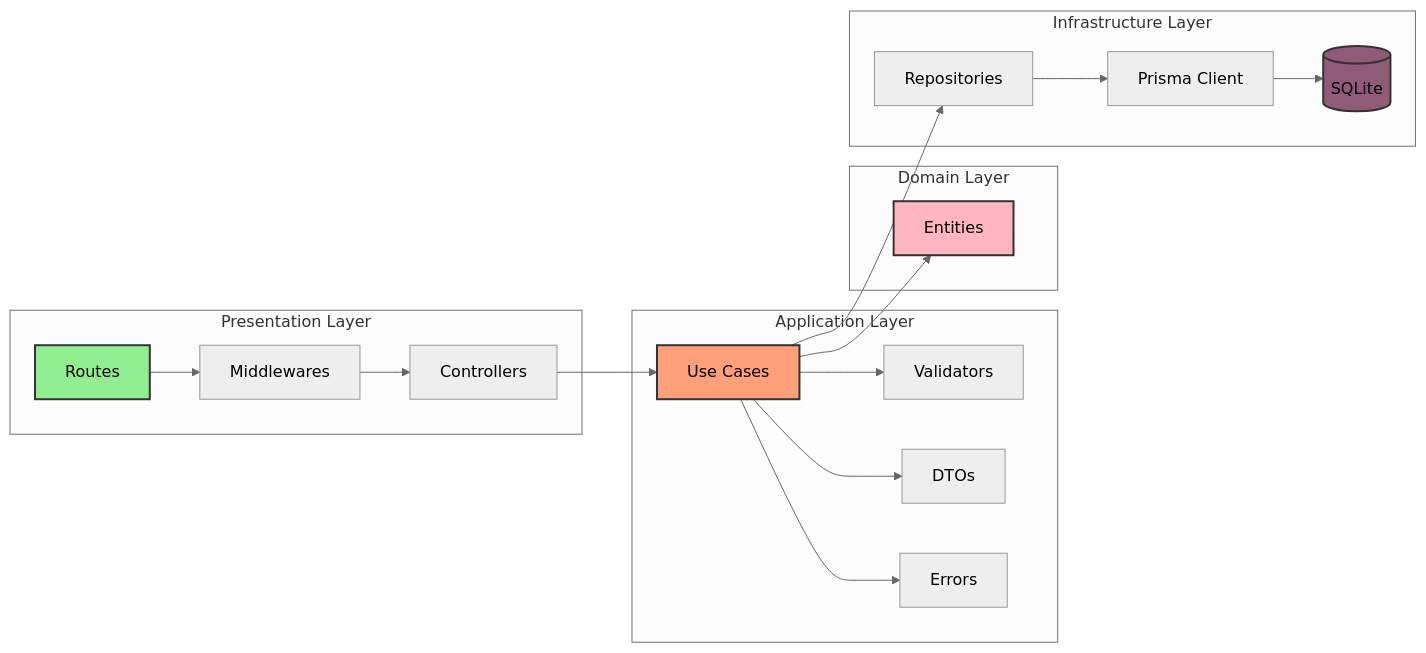
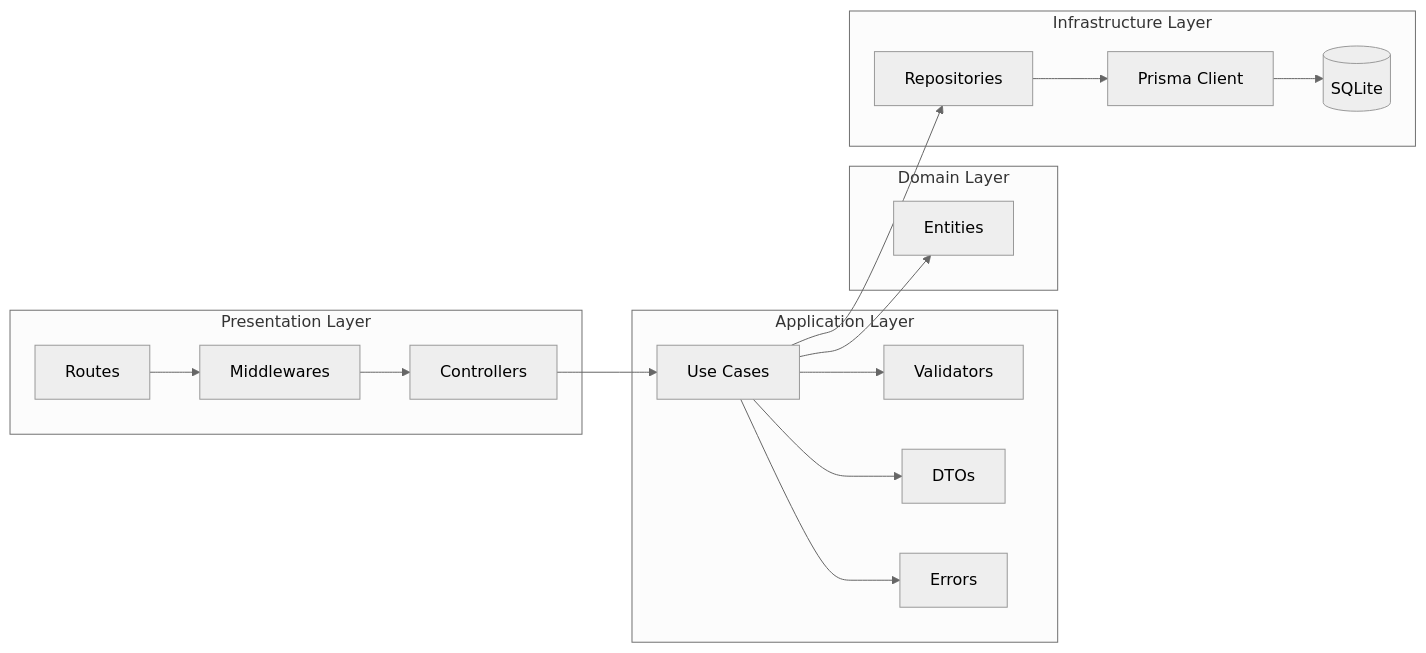
Before and after one commit to JPMworkPROG/TodoManager: the second of 3 diagrams in documentation/diagrams/architecture.md, drawn with Mermaid (neutral theme). The commit also changed other lines of this file and 1 other file, not shown here.

````diff
--- a/documentation/diagrams/architecture.md
+++ b/documentation/diagrams/architecture.md
@@ -62,29 +58,24 @@
 ```mermaid
 graph LR
     subgraph "Presentation Layer"
         R[Routes] --> MW[Middlewares]
         MW --> C[Controllers]
     end
 
     subgraph "Application Layer"
         C --> UC[Use Cases]
         UC --> V[Validators]
         UC --> DTO[DTOs]
         UC --> ER[Errors]
     end
 
     subgraph "Domain Layer"
         UC --> E[Entities]
     end
 
     subgraph "Infrastructure Layer"
         UC --> REP[Repositories]
         REP --> PRISMA[Prisma Client]
         PRISMA --> DB[(SQLite)]
     end
-
-    style R fill:#90ee90,stroke:#333,stroke-width:2px
-    style UC fill:#ffa07a,stroke:#333,stroke-width:2px
-    style E fill:#ffb6c1,stroke:#333,stroke-width:2px
-    style DB fill:#905b77,stroke:#333,stroke-width:2px
 ```
````
